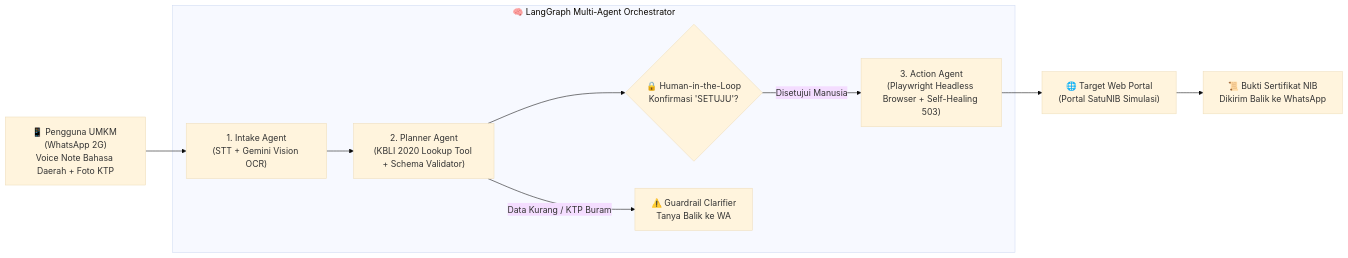
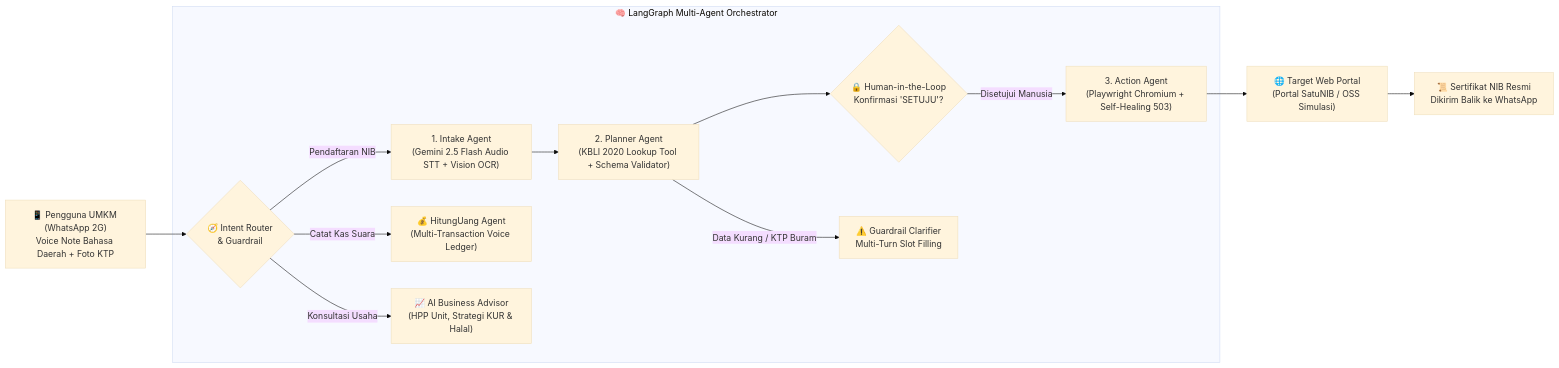
One commit to Daghif/SatuAkses changed the diagram in README.md. Above: the diagram before and after it, drawn with Mermaid (base theme). The commit also changed other lines of this file, not shown here.

````diff
--- a/README.md
+++ b/README.md
@@ -18,12 +22,15 @@
 ```mermaid
 flowchart LR
-    U["📱 Pengguna UMKM (WhatsApp 2G)\nVoice Note Bahasa Daerah + Foto KTP"] --> A1
+    U["📱 Pengguna UMKM (WhatsApp 2G)\nVoice Note Bahasa Daerah + Foto KTP"] --> ROUTER{"🧭 Intent Router\n& Guardrail"}
     subgraph Orchestrator ["🧠 LangGraph Multi-Agent Orchestrator"]
-        A1["1. Intake Agent\n(STT + Gemini Vision OCR)"] --> A2["2. Planner Agent\n(KBLI 2020 Lookup Tool + Schema Validator)"]
+        ROUTER -- "Pendaftaran NIB" --> A1["1. Intake Agent\n(Gemini 2.5 Flash Audio STT + Vision OCR)"]
+        A1 --> A2["2. Planner Agent\n(KBLI 2020 Lookup Tool + Schema Validator)"]
         A2 --> HITL{"🔒 Human-in-the-Loop\nKonfirmasi 'SETUJU'?"}
-        A2 -- "Data Kurang / KTP Buram" --> GUARD["⚠️ Guardrail Clarifier\nTanya Balik ke WA"]
-        HITL -- "Disetujui Manusia" --> A3["3. Action Agent\n(Playwright Headless Browser + Self-Healing 503)"]
+        A2 -- "Data Kurang / KTP Buram" --> GUARD["⚠️ Guardrail Clarifier\nMulti-Turn Slot Filling"]
+        HITL -- "Disetujui Manusia" --> A3["3. Action Agent\n(Playwright Chromium + Self-Healing 503)"]
+        ROUTER -- "Catat Kas Suara" --> CF["💰 HitungUang Agent\n(Multi-Transaction Voice Ledger)"]
+        ROUTER -- "Konsultasi Usaha" --> ADV["📈 AI Business Advisor\n(HPP Unit, Strategi KUR & Halal)"]
     end
-    A3 --> PORTAL["🌐 Target Web Portal\n(Portal SatuNIB Simulasi)"]
-    PORTAL --> CERT["📜 Bukti Sertifikat NIB\nDikirim Balik ke WhatsApp"]
+    A3 --> PORTAL["🌐 Target Web Portal\n(Portal SatuNIB / OSS Simulasi)"]
+    PORTAL --> CERT["📜 Sertifikat NIB Resmi\nDikirim Balik ke WhatsApp"]
 ```
````
